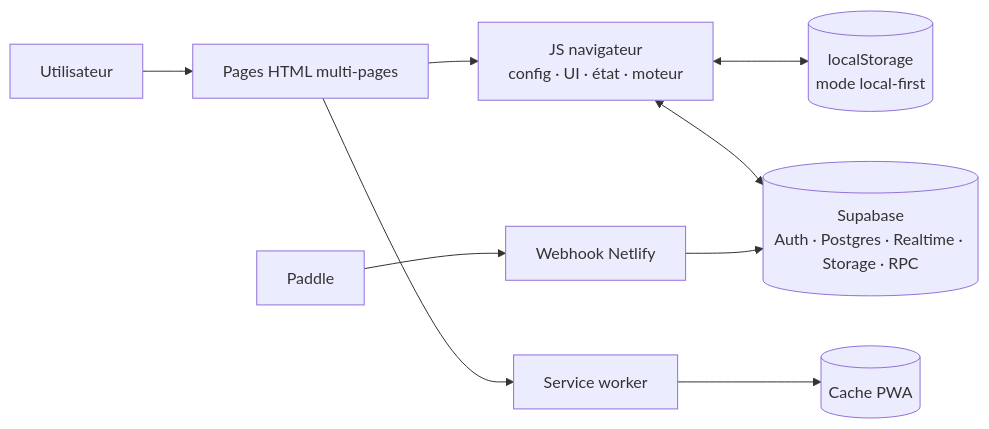
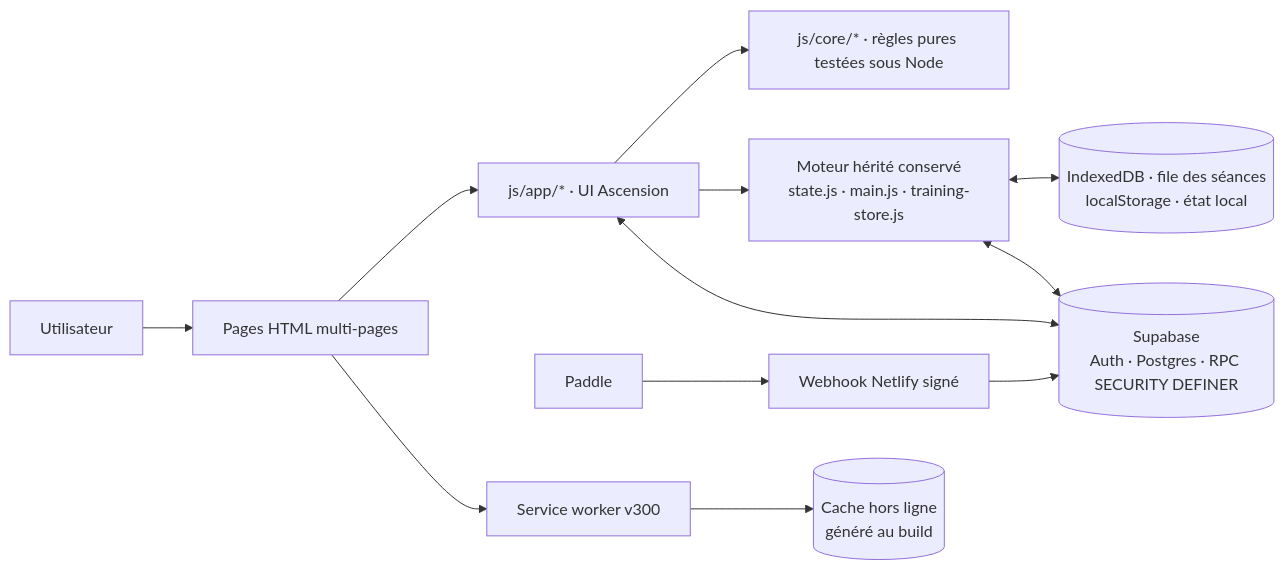
The diagram in docs/ARCHITECTURE.md (Theo25460/TITAN_V0.5), drawn with Mermaid before and after one commit. The commit also changed other lines of this file and 15 other files, not shown here.

````diff
--- a/docs/ARCHITECTURE.md
+++ b/docs/ARCHITECTURE.md
@@ -7,11 +7,12 @@
 ```mermaid
 flowchart LR
     U[Utilisateur] --> P[Pages HTML multi-pages]
-    P --> C[JS navigateur<br/>config · UI · état · moteur]
-    C <--> L[(localStorage<br/>mode local-first)]
-    C <--> S[(Supabase<br/>Auth · Postgres · Realtime · Storage · RPC)]
-    W[Paddle] --> N[Webhook Netlify]
-    N --> S
-    SW[Service worker] --> K[(Cache PWA)]
+    P --> APP[js/app/* · UI Ascension]
+    APP --> CORE[js/core/* · règles pures testées sous Node]
+    APP --> ENG[Moteur hérité conservé<br/>state.js · main.js · training-store.js]
+    ENG <--> IDB[(IndexedDB · file des séances<br/>localStorage · état local)]
+    APP & ENG <--> S[(Supabase<br/>Auth · Postgres · RPC SECURITY DEFINER)]
+    W[Paddle] --> N[Webhook Netlify signé] --> S
+    SW[Service worker v300] --> K[(Cache hors ligne<br/>généré au build)]
     P --> SW
 ```
````
